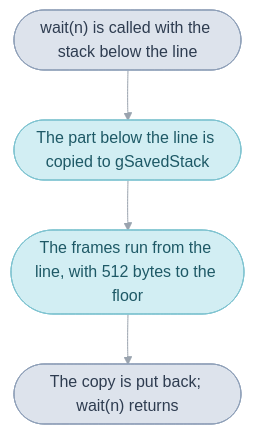
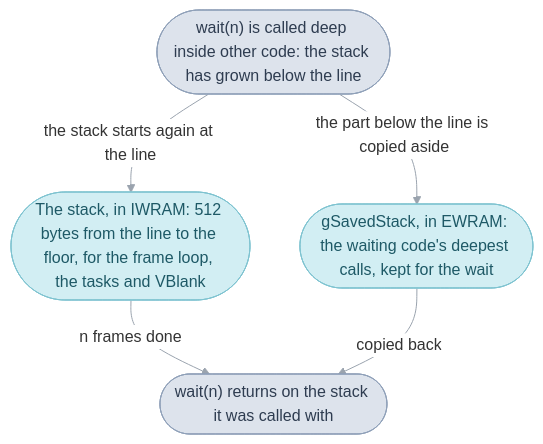
One commit to PascalPixel/alchemy changed the third of 6 diagrams in games/tbs/src/system/README.md. Above: the diagram before and after it, drawn with Mermaid. The commit also changed other lines of this file and 21 other files, not shown here.

````diff
--- a/games/tbs/src/system/README.md
+++ b/games/tbs/src/system/README.md
@@ -361,11 +368,13 @@
 ```mermaid
 %%{init: {"theme": "base", "themeVariables": {"lineColor": "#9AA3AE", "edgeLabelBackground": "#FFFFFF"}, "flowchart": {"curve": "basis", "padding": 12}}}%%
 flowchart TD
-  enter(["wait(n) is called with the stack below the line"]) --> copy(["The part below the line is copied to gSavedStack"])
-  copy --> run(["The frames run from the line, with 512 bytes to the floor"])
-  run --> restore(["The copy is put back; wait(n) returns"])
+  enter(["wait(n) is called deep inside other code: the stack has grown below the line"])
+  enter -- "the part below the line is copied aside" --> saved(["gSavedStack, in EWRAM: the waiting code's deepest calls, kept for the wait"])
+  enter -- "the stack starts again at the line" --> run(["The stack, in IWRAM: 512 bytes from the line to the floor, for the frame loop, the tasks and VBlank"])
+  run -- "n frames done" --> restore(["wait(n) returns on the stack it was called with"])
+  saved -- "copied back" --> restore
   classDef code fill:#DDE3EC,stroke:#8FA0B8,color:#2E3C50
   classDef frame fill:#D2EEF3,stroke:#7FC3D0,color:#1E5966
   class enter,restore code
-  class copy,run frame
+  class saved,run frame
 ```
````
